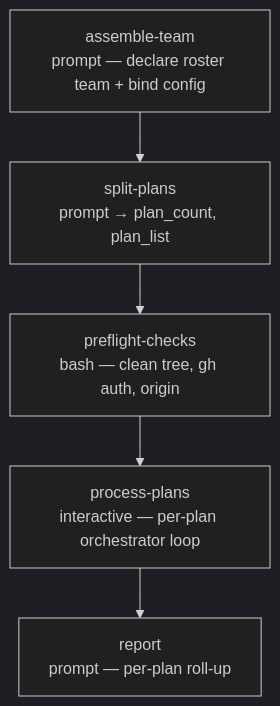
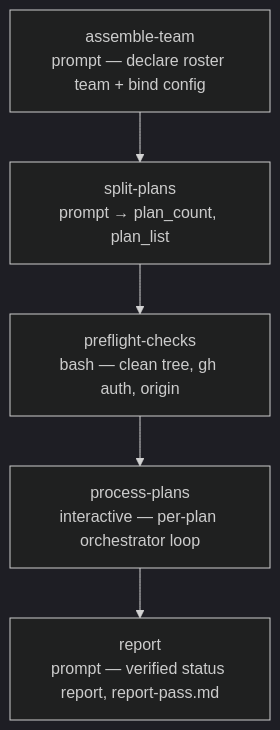
One commit to e1024kb/wise-claude changed the diagram in plugins/wise/workflows/impl-plan-auto/README.md. Above: the diagram before and after it, drawn with Mermaid (dark theme). The commit also changed other lines of this file and 10 other files, not shown here.

First line of the commit message:
feat: shared report-pass, workflow report consolidation, validator hardening (v4.11.1) (#55)

````diff
--- a/plugins/wise/workflows/impl-plan-auto/README.md
+++ b/plugins/wise/workflows/impl-plan-auto/README.md
@@ -79,7 +79,7 @@
 ```mermaid
 flowchart TD
     A[assemble-team<br/>prompt — declare roster team + bind config] --> B[split-plans<br/>prompt → plan_count, plan_list]
     B --> C[preflight-checks<br/>bash — clean tree, gh auth, origin]
     C --> D[process-plans<br/>interactive — per-plan orchestrator loop]
-    D --> E[report<br/>prompt — per-plan roll-up]
+    D --> E[report<br/>prompt — verified status report, report-pass.md]
 ```
````
